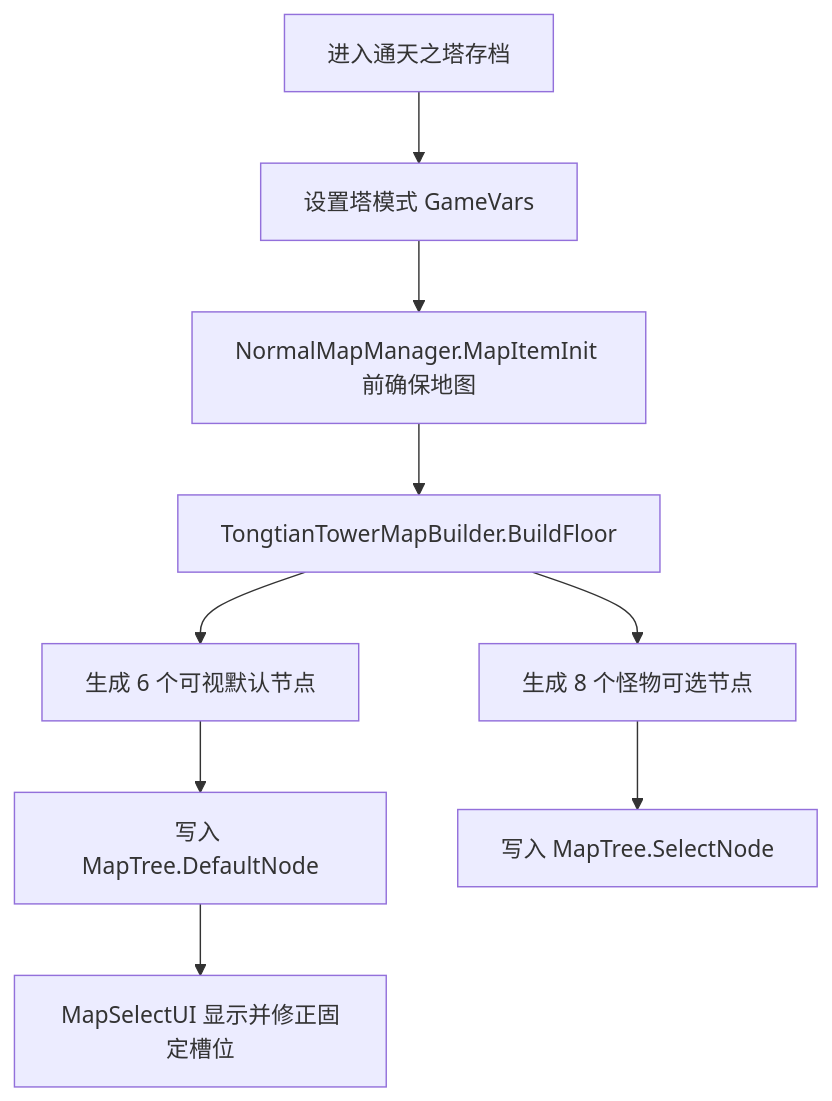
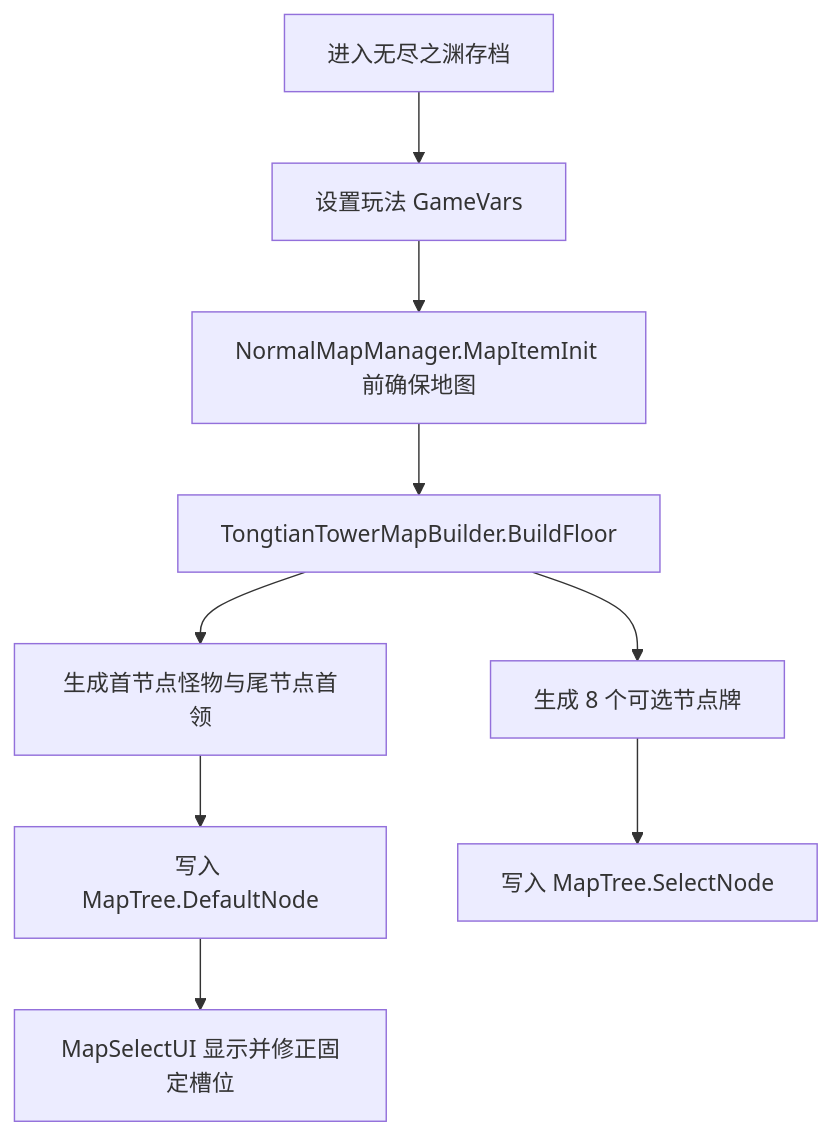
One commit to AuraKaliya/apocalyptic-journey-mod-SunExp changed the diagram in SunExp-Dev/Docs/TongtianTowerGameplayAndMechanics.md. Above: the diagram before and after it, drawn with Mermaid. The commit also changed other lines of this file and 123 other files, not shown here.

````diff
--- a/SunExp-Dev/Docs/TongtianTowerGameplayAndMechanics.md
+++ b/SunExp-Dev/Docs/TongtianTowerGameplayAndMechanics.md
@@ -82,11 +100,11 @@
 ```mermaid
 flowchart TD
-    A["进入通天之塔存档"] --> B["设置塔模式 GameVars"]
+    A["进入无尽之渊存档"] --> B["设置玩法 GameVars"]
     B --> C["NormalMapManager.MapItemInit 前确保地图"]
     C --> D["TongtianTowerMapBuilder.BuildFloor"]
-    D --> E["生成 6 个可视默认节点"]
-    D --> F["生成 8 个怪物可选节点"]
+    D --> E["生成首节点怪物与尾节点首领"]
+    D --> F["生成 8 个可选节点牌"]
     E --> G["写入 MapTree.DefaultNode"]
     F --> H["写入 MapTree.SelectNode"]
     G --> I["MapSelectUI 显示并修正固定槽位"]
 ```
````
